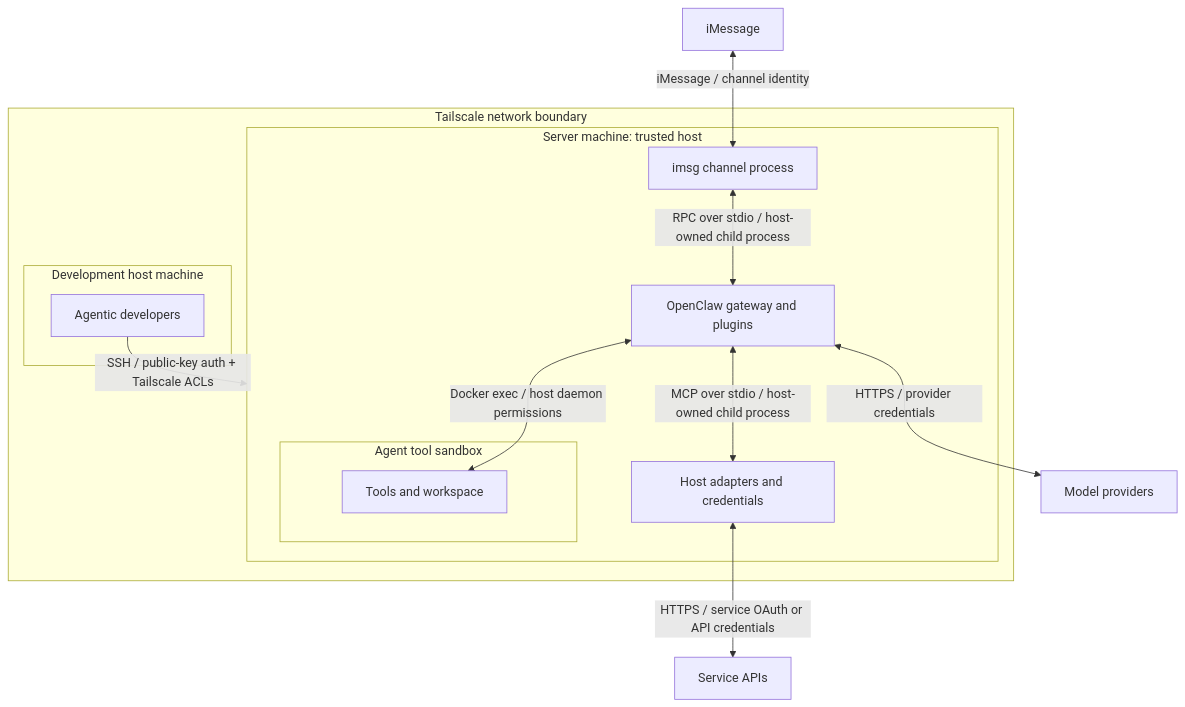
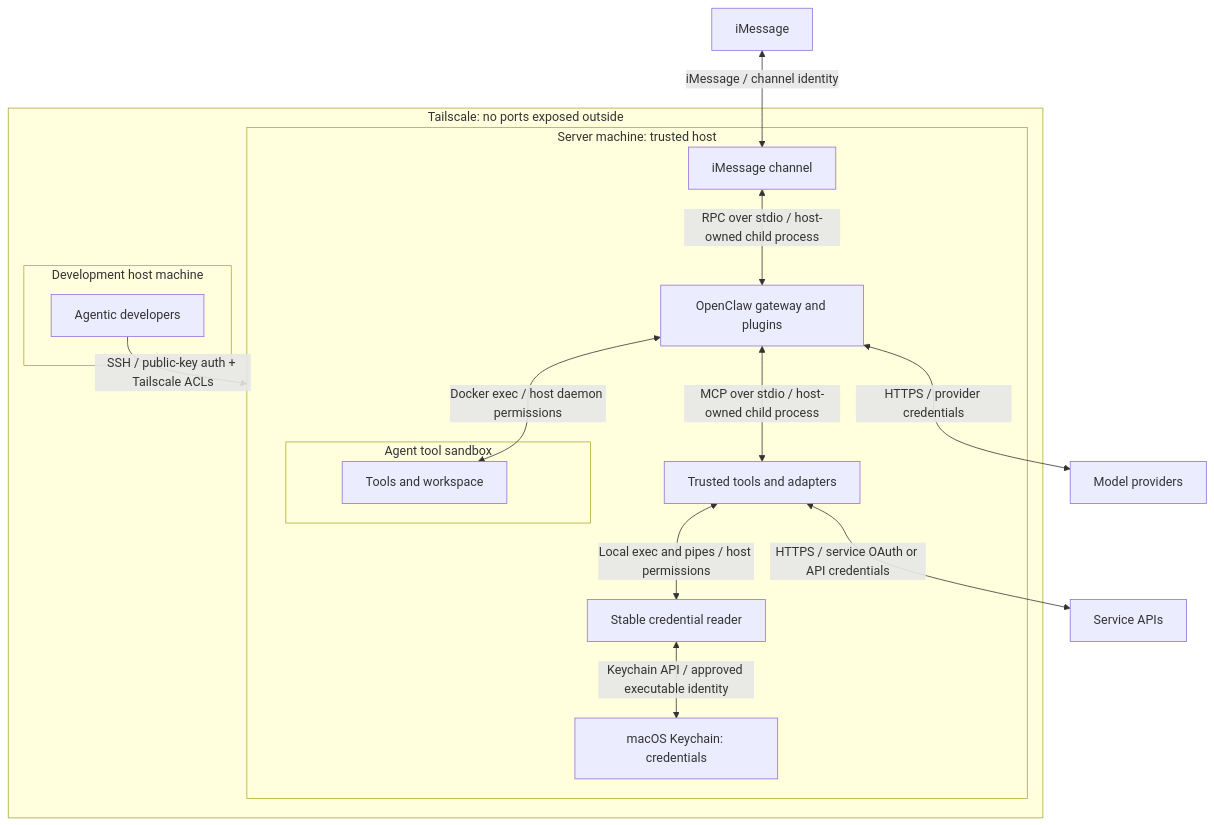
One commit to coletaylor788/puddles changed the first of 5 diagrams in docs/openclaw-setup/security-architecture.md. Above: the diagram before and after it, drawn with Mermaid. The commit also changed other lines of this file, not shown here.

Commit message:
Document Keychain identity and security governing principles

````diff
--- a/docs/openclaw-setup/security-architecture.md
+++ b/docs/openclaw-setup/security-architecture.md
@@ -8,28 +14,32 @@
 ```mermaid
 flowchart TB
     Sender["iMessage"]
     APIs["Service APIs"]
     Models["Model providers"]
 
-    subgraph Tailnet["Tailscale network boundary"]
+    subgraph Tailnet["Tailscale: no ports exposed outside"]
         subgraph DevMachine["Development host machine"]
             Developers["Agentic developers"]
         end
         subgraph Host["Server machine: trusted host"]
-            Channel["imsg channel process"]
+            Channel["iMessage channel"]
             Gateway["OpenClaw gateway and plugins"]
-            Services["Host adapters and credentials"]
+            Services["Trusted tools and adapters"]
+            CredentialReader["Stable credential reader"]
+            Keychain["macOS Keychain: credentials"]
             subgraph Sandbox["Agent tool sandbox"]
                 Tools["Tools and workspace"]
             end
         end
     end
 
     Developers -->|"SSH / public-key auth + Tailscale ACLs"| Host
     Sender <-->|"iMessage / channel identity"| Channel
     Channel <-->|"RPC over stdio / host-owned child process"| Gateway
     Gateway <-->|"Docker exec / host daemon permissions"| Tools
     Gateway <-->|"MCP over stdio / host-owned child process"| Services
+    Services <-->|"Local exec and pipes / host permissions"| CredentialReader
+    CredentialReader <-->|"Keychain API / approved executable identity"| Keychain
     Services <-->|"HTTPS / service OAuth or API credentials"| APIs
     Gateway <-->|"HTTPS / provider credentials"| Models
 ```
````
